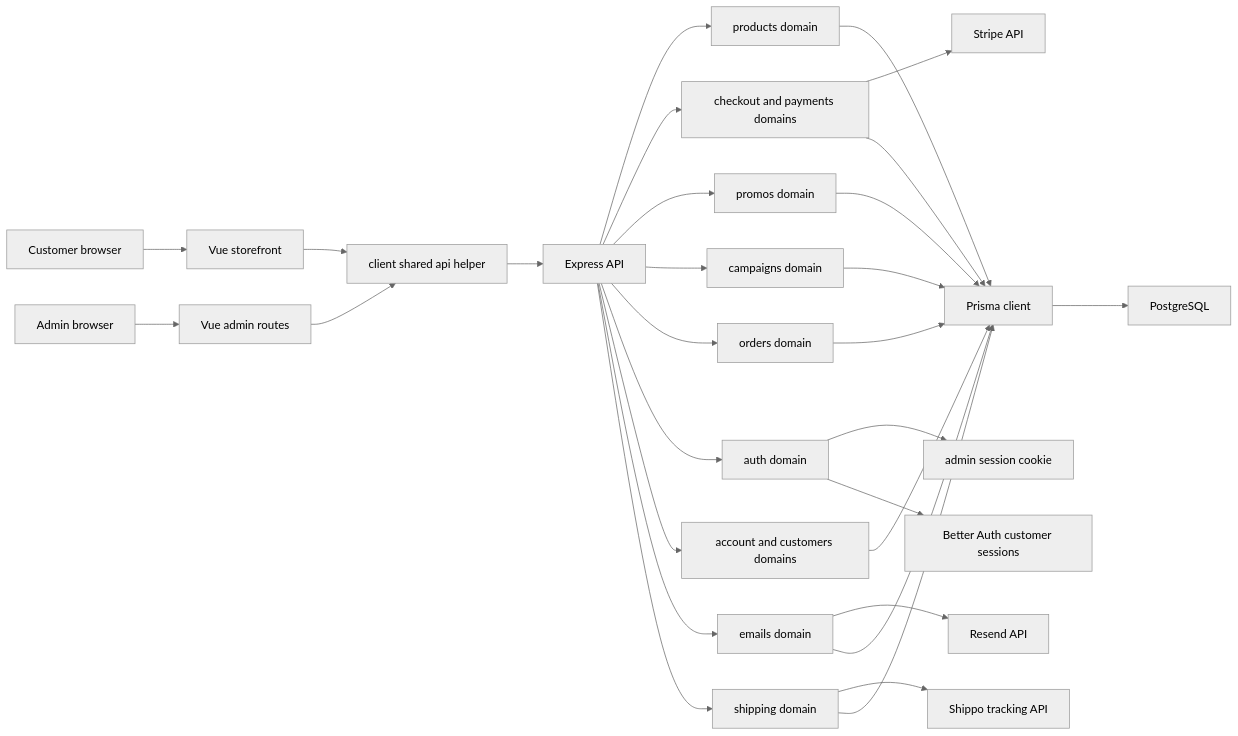
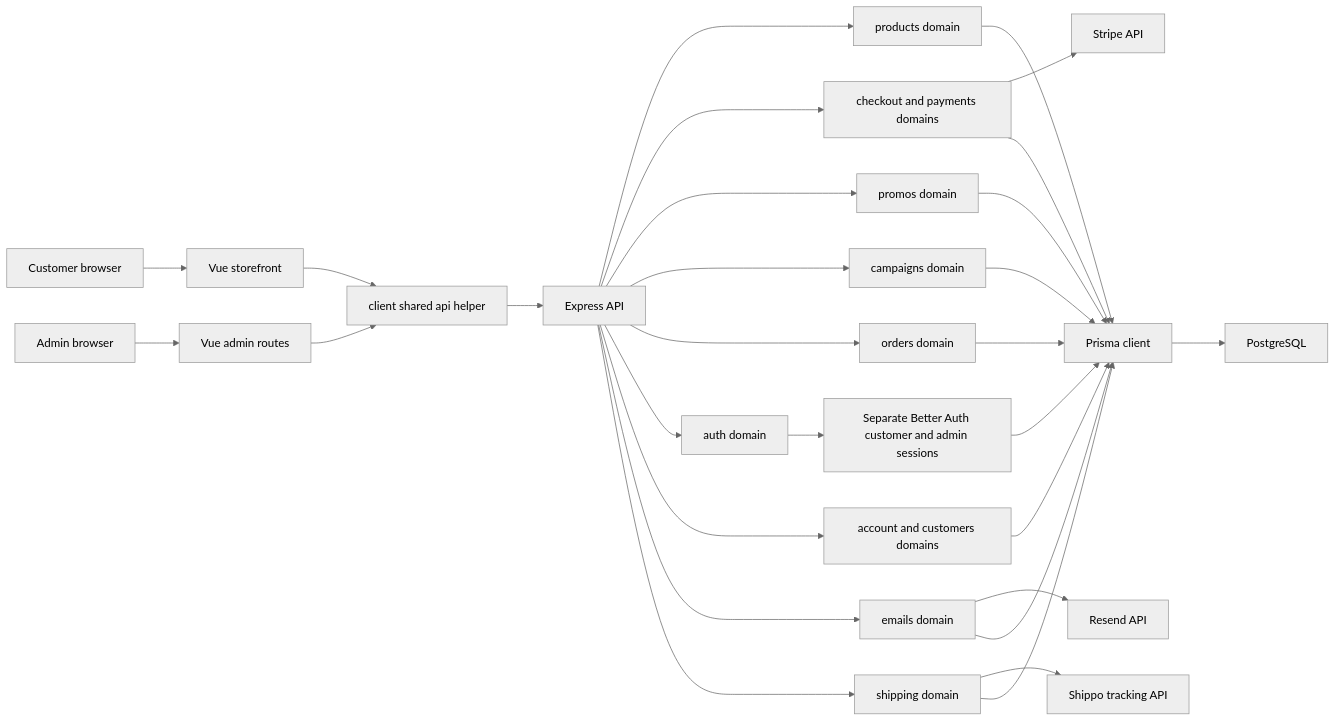
The diagram in doggy_ent_vue/docs/architecture/diagram.md (alvarezaaronAI/doggy-ent), drawn with Mermaid (neutral theme) before and after one commit. The commit also changed other lines of this file and 101 other files, not shown here.

````diff
--- a/doggy_ent_vue/docs/architecture/diagram.md
+++ b/doggy_ent_vue/docs/architecture/diagram.md
@@ -7,34 +7,34 @@
 ```mermaid
 flowchart LR
   Customer["Customer browser"] --> Storefront["Vue storefront"]
   Admin["Admin browser"] --> AdminApp["Vue admin routes"]
 
   Storefront --> SharedHttp["client shared api helper"]
   AdminApp --> SharedHttp
   SharedHttp --> Api["Express API"]
 
   Api --> ProductDomain["products domain"]
   Api --> CheckoutDomain["checkout and payments domains"]
   Api --> PromoDomain["promos domain"]
   Api --> CampaignDomain["campaigns domain"]
   Api --> OrderDomain["orders domain"]
   Api --> AuthDomain["auth domain"]
   Api --> AccountDomain["account and customers domains"]
   Api --> EmailDomain["emails domain"]
   Api --> ShippingDomain["shipping domain"]
 
   CheckoutDomain --> Stripe["Stripe API"]
   EmailDomain --> Resend["Resend API"]
   ShippingDomain --> Shippo["Shippo tracking API"]
   ProductDomain --> Prisma["Prisma client"]
   CheckoutDomain --> Prisma
   PromoDomain --> Prisma
   CampaignDomain --> Prisma
   OrderDomain --> Prisma
   AccountDomain --> Prisma
   EmailDomain --> Prisma
   ShippingDomain --> Prisma
-  AuthDomain --> SessionCookie["admin session cookie"]
-  AuthDomain --> BetterAuth["Better Auth customer sessions"]
+  AuthDomain --> BetterAuth["Separate Better Auth customer and admin sessions"]
+  BetterAuth --> Prisma
   Prisma --> Postgres["PostgreSQL"]
 ```
````
